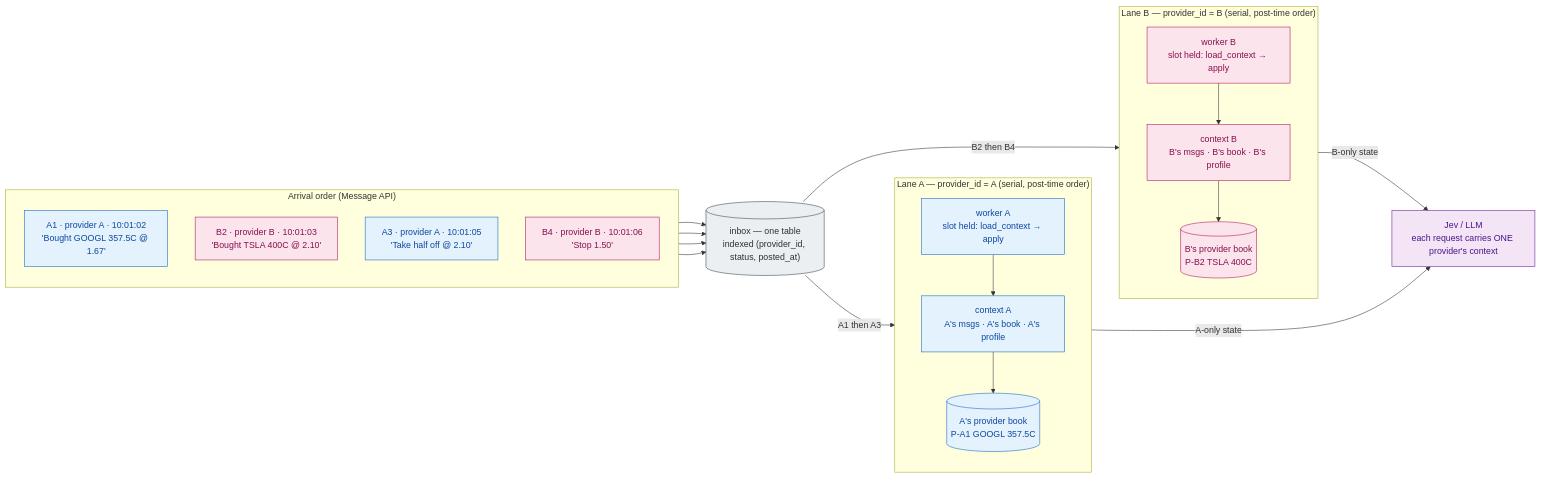
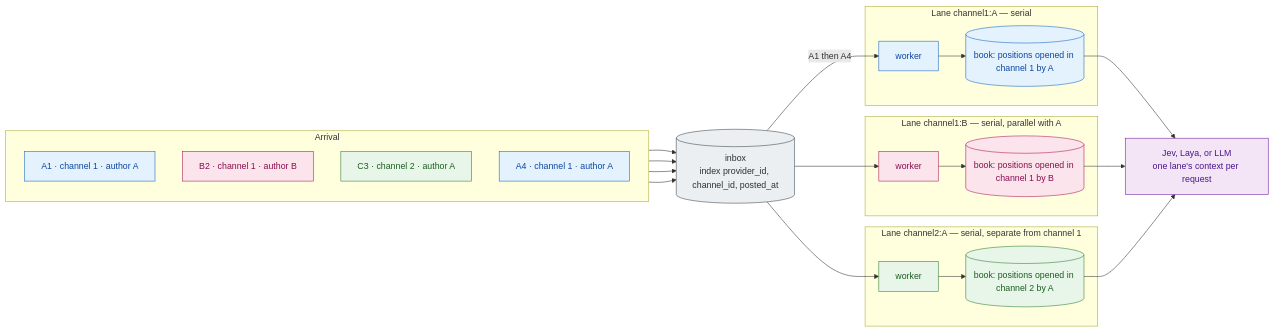
One commit to idolrun/trading-agent changed the first of 3 diagrams in docs/diagrams/04-context-correlation.md. Above: the diagram before and after it, drawn with Mermaid. The commit also changed other lines of this file and 131 other files, not shown here.

First line of the commit message:
docs: update architecture and data flow diagrams for clarity and consistency

````diff
--- a/docs/diagrams/04-context-correlation.md
+++ b/docs/diagrams/04-context-correlation.md
@@ -9,45 +9,49 @@
 ```mermaid
 flowchart LR
     classDef a fill:#e3f2fd,stroke:#1565c0,color:#0d47a1
     classDef b fill:#fce4ec,stroke:#ad1457,color:#880e4f
+    classDef c fill:#e8f5e9,stroke:#2e7d32,color:#1b5e20
     classDef shared fill:#eceff1,stroke:#37474f,color:#263238
     classDef model fill:#f3e5f5,stroke:#6a1b9a,color:#4a148c
 
-    subgraph IN["Arrival order (Message API)"]
+    subgraph IN["Arrival"]
         direction TB
-        A1["A1 · provider A · 10:01:02<br/>'Bought GOOGL 357.5C @ 1.67'"]:::a
-        B2["B2 · provider B · 10:01:03<br/>'Bought TSLA 400C @ 2.10'"]:::b
-        A3["A3 · provider A · 10:01:05<br/>'Take half off @ 2.10'"]:::a
-        B4["B4 · provider B · 10:01:06<br/>'Stop 1.50'"]:::b
+        A1["A1 · channel 1 · author A"]:::a
+        B2["B2 · channel 1 · author B"]:::b
+        C3["C3 · channel 2 · author A"]:::c
+        A4["A4 · channel 1 · author A"]:::a
     end
 
-    INBOX[("inbox — one table<br/>indexed (provider_id, status, posted_at)")]:::shared
+    INBOX[("inbox<br/>index provider_id, channel_id, posted_at")]:::shared
 
-    subgraph LANEA["Lane A — provider_id = A (serial, post-time order)"]
-        direction TB
-        WA["worker A<br/>slot held: load_context → apply"]:::a
-        CXA["context A<br/>A's msgs · A's book · A's profile"]:::a
-        BOOKA[("A's provider book<br/>P-A1 GOOGL 357.5C")]:::a
-        WA --> CXA --> BOOKA
+    subgraph L1["Lane channel1:A — serial"]
+        WA["worker"]:::a
+        BOOKA[("book: positions opened in channel 1 by A")]:::a
+        WA --> BOOKA
     end
 
-    subgraph LANEB["Lane B — provider_id = B (serial, post-time order)"]
-        direction TB
-        WB["worker B<br/>slot held: load_context → apply"]:::b
-        CXB["context B<br/>B's msgs · B's book · B's profile"]:::b
-        BOOKB[("B's provider book<br/>P-B2 TSLA 400C")]:::b
-        WB --> CXB --> BOOKB
+    subgraph L2["Lane channel1:B — serial, parallel with A"]
+        WB["worker"]:::b
+        BOOKB[("book: positions opened in channel 1 by B")]:::b
+        WB --> BOOKB
     end
 
-    MODELS["Jev / LLM<br/>each request carries ONE provider's context"]:::model
+    subgraph L3["Lane channel2:A — serial, separate from channel 1"]
+        WC["worker"]:::c
+        BOOKC[("book: positions opened in channel 2 by A")]:::c
+        WC --> BOOKC
+    end
+
+    MODELS["Jev, Laya, or LLM<br/>one lane's context per request"]:::model
 
     A1 --> INBOX
     B2 --> INBOX
-    A3 --> INBOX
-    B4 --> INBOX
-    INBOX -->|"A1 then A3"| WA
-    INBOX -->|"B2 then B4"| WB
-    CXA -->|"A-only state"| MODELS
-    CXB -->|"B-only state"| MODELS
-    LANEA ~~~ LANEB
+    C3 --> INBOX
+    A4 --> INBOX
+    INBOX -->|"A1 then A4"| WA
+    INBOX --> WB
+    INBOX --> WC
+    BOOKA --> MODELS
+    BOOKB --> MODELS
+    BOOKC --> MODELS
 ```
````
